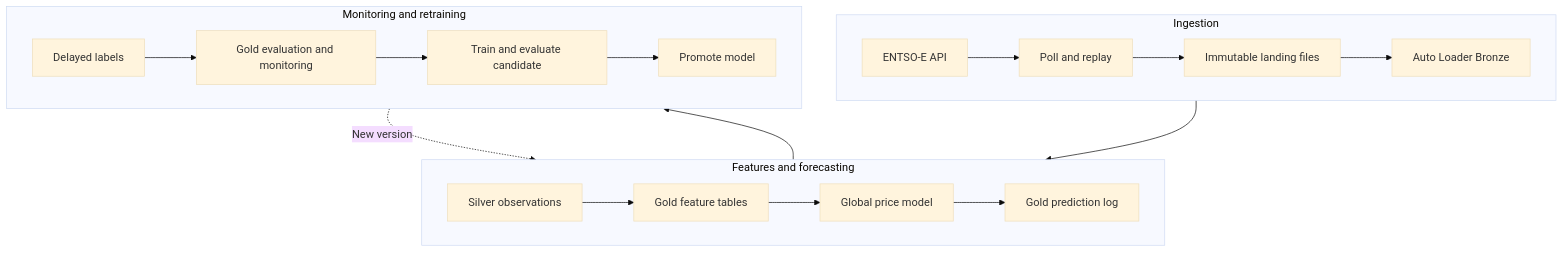
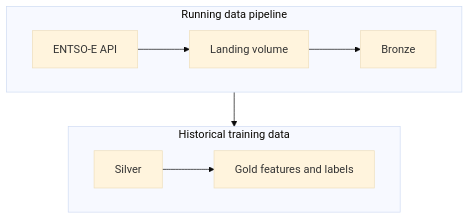
The diagram in docs/index.md (pdemeulenaer/eu-electricity-forecast), drawn with Mermaid (base theme) before and after one commit. The commit also changed other lines of this file and 6 other files, not shown here.

```diff
--- a/docs/index.md
+++ b/docs/index.md
@@ -7,24 +7,12 @@
 ~~~mermaid
 flowchart TB
-    subgraph INGESTION[Ingestion]
+    subgraph INGESTION[Running data pipeline]
         direction LR
-        A[ENTSO-E API] --> B[Poll and replay]
-        B --> C[Immutable landing files]
-        C --> D[Auto Loader Bronze]
+        A[ENTSO-E API] --> B[Landing volume] --> C[Bronze]
     end
-    subgraph FORECAST[Features and forecasting]
+    subgraph FEATURES[Historical training data]
         direction LR
-        E[Silver observations] --> F[Gold feature tables]
-        F --> G[Global price model]
-        G --> H[Gold prediction log]
+        D[Silver] --> E[Gold features and labels]
     end
-    subgraph MONITOR[Monitoring and retraining]
-        direction LR
-        I[Delayed labels] --> J[Gold evaluation and monitoring]
-        J --> K[Train and evaluate candidate]
-        K --> L[Promote model]
-    end
-    D --> E
-    H --> I
-    L -. New version .-> G
+    INGESTION --> FEATURES
 ~~~
```
